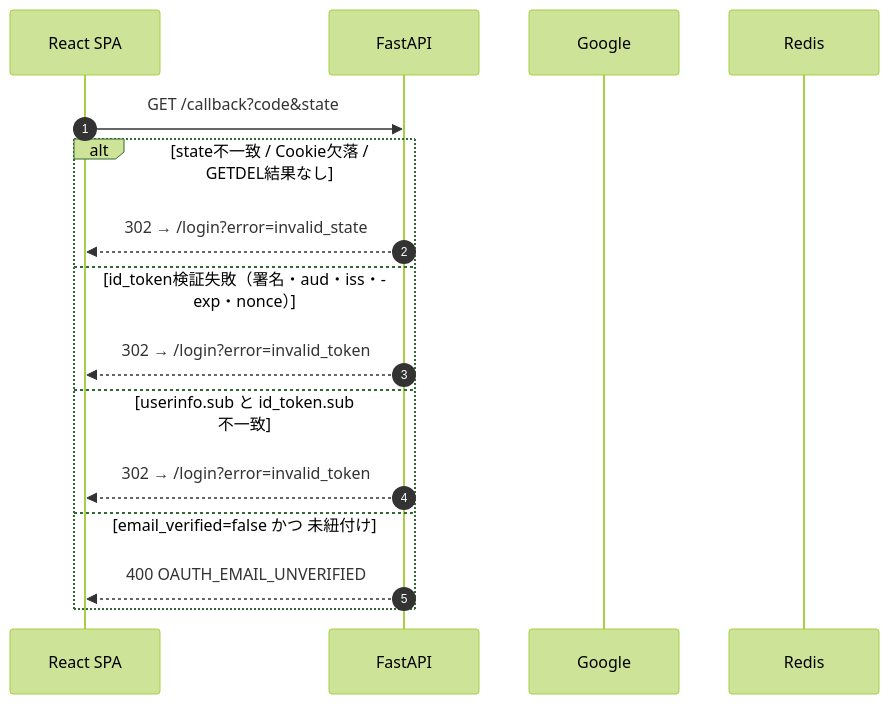
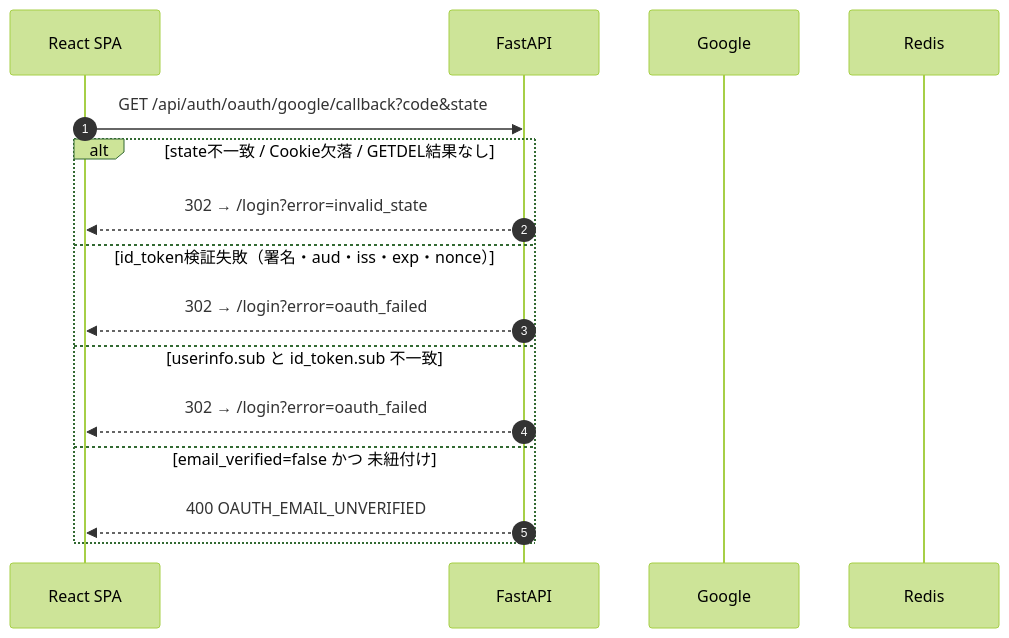
The second of 5 diagrams in docs/detailed_design/auth/04_google_oauth.md (oikawa-d/task_management), drawn with Mermaid (forest theme) before and after one commit. The commit also changed other lines of this file and 8 other files, not shown here.

````diff
--- a/docs/detailed_design/auth/04_google_oauth.md
+++ b/docs/detailed_design/auth/04_google_oauth.md
@@ -105,19 +105,19 @@
 ```mermaid
 sequenceDiagram
     autonumber
     participant FE as React SPA
     participant API as FastAPI
     participant G as Google
     participant RD as Redis
 
-    FE->>API: GET /callback?code&state
+    FE->>API: GET /api/auth/oauth/google/callback?code&state
     alt state不一致 / Cookie欠落 / GETDEL結果なし
         API-->>FE: 302 → /login?error=invalid_state
     else id_token検証失敗（署名・aud・iss・exp・nonce）
-        API-->>FE: 302 → /login?error=invalid_token
+        API-->>FE: 302 → /login?error=oauth_failed
     else userinfo.sub と id_token.sub 不一致
-        API-->>FE: 302 → /login?error=invalid_token
+        API-->>FE: 302 → /login?error=oauth_failed
     else email_verified=false かつ 未紐付け
         API-->>FE: 400 OAUTH_EMAIL_UNVERIFIED
     end
 ```
````
